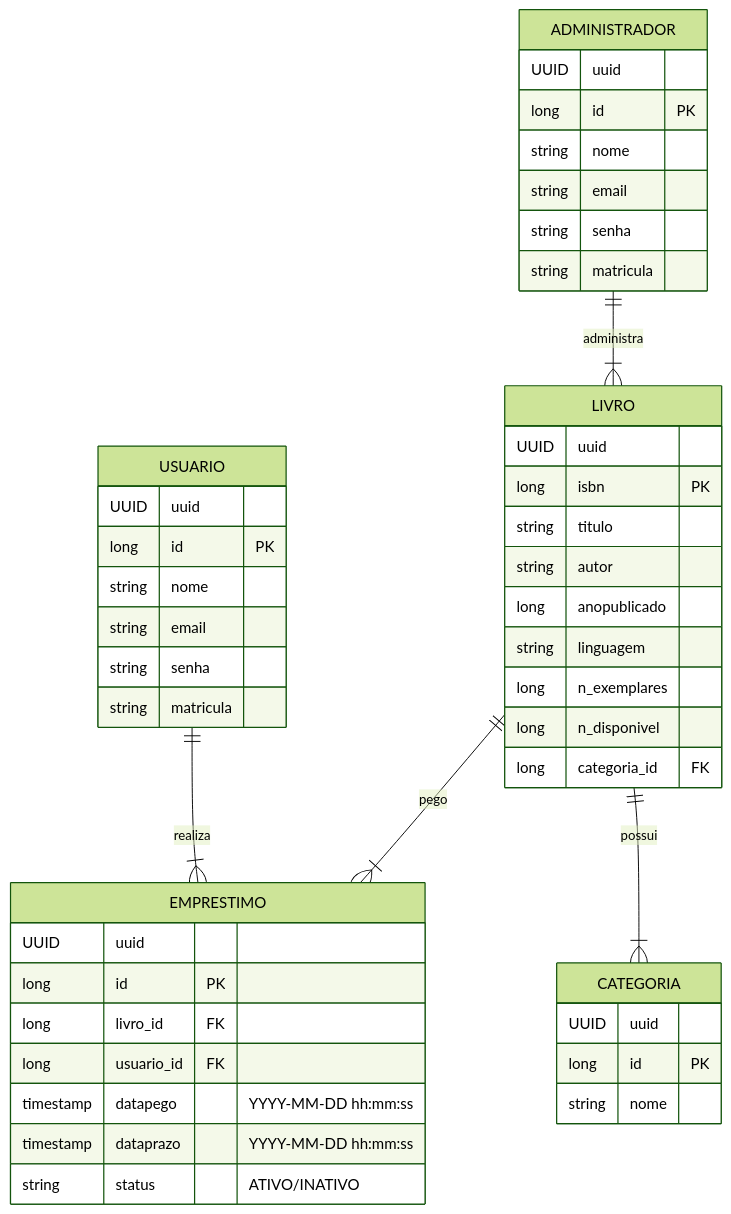
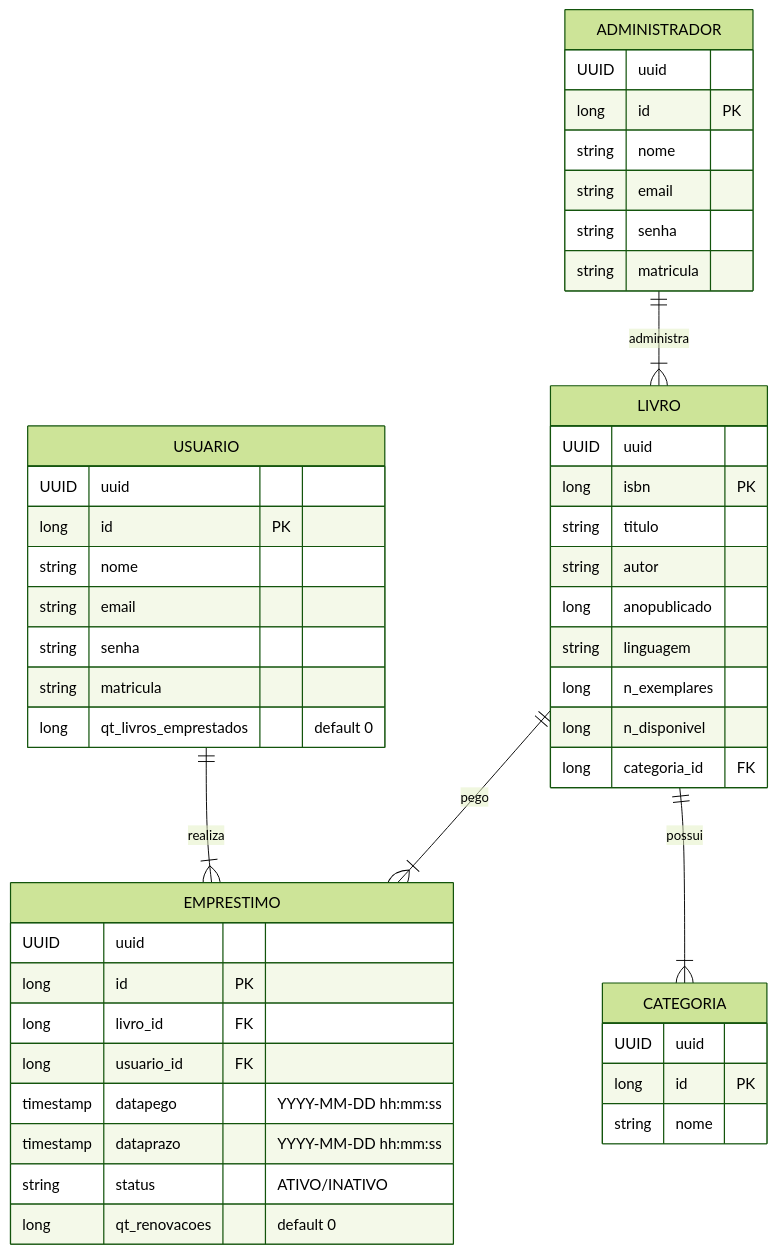
One commit to yrwnds/bibliotecadigital changed the diagram in modeloER.mmd. Above: the diagram before and after it, drawn with Mermaid (forest theme). The commit also changed 14 other files, not shown here.

```diff
--- a/modeloER.mmd
+++ b/modeloER.mmd
@@ -1,46 +1,48 @@
 erDiagram
     USUARIO ||--|{ EMPRESTIMO : realiza
     LIVRO ||--|{ EMPRESTIMO : pego
     LIVRO ||--|{ CATEGORIA : possui
     ADMINISTRADOR ||--|{ LIVRO : administra
 
     USUARIO {
         UUID uuid
         long id PK
         string nome
         string email
         string senha
         string matricula
+        long qt_livros_emprestados "default 0"
     }
     ADMINISTRADOR {
         UUID uuid
         long id PK
         string nome
         string email
         string senha
         string matricula
     }
     LIVRO {        UUID uuid
         long isbn PK
         string titulo
         string autor
         long anopublicado
         string linguagem
         long n_exemplares
         long n_disponivel
         long categoria_id FK
     }
     EMPRESTIMO {
         UUID uuid
         long id PK
         long livro_id FK
         long usuario_id FK
         timestamp datapego "YYYY-MM-DD hh:mm:ss"
         timestamp dataprazo "YYYY-MM-DD hh:mm:ss"
         string status "ATIVO/INATIVO"
+        long qt_renovacoes "default 0"
     }
     CATEGORIA{
         UUID uuid
         long id PK
         string nome
     }
```
